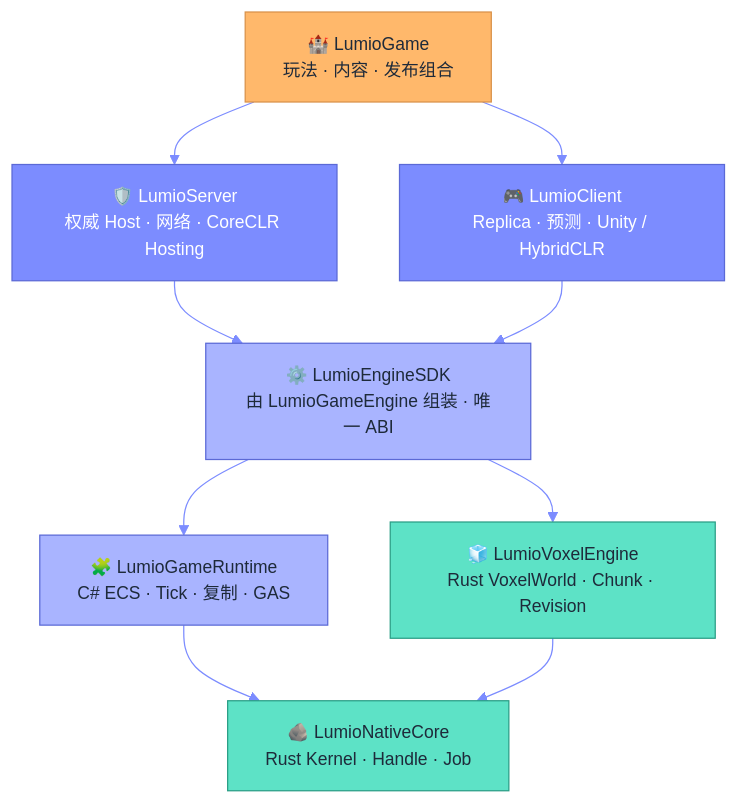
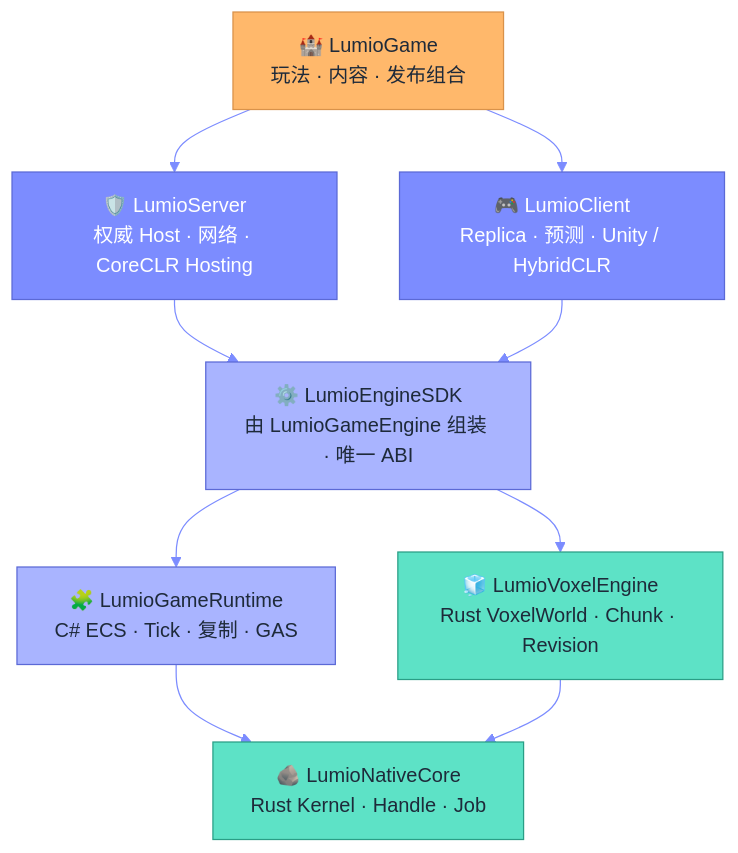
One commit to LumioGames/.github changed the diagram in profile/README.md. Above: the diagram before and after it, drawn with Mermaid.

Commit message:
fix(profile): mermaid 去掉等宽字体设置，节点文字不再被截

````diff
--- a/profile/README.md
+++ b/profile/README.md
@@ -208,23 +208,23 @@
 ```mermaid
-%%{init: {'theme':'base','themeVariables':{'primaryColor':'#7C8CFF','primaryTextColor':'#ffffff','primaryBorderColor':'#5B69D6','lineColor':'#7C8CFF','fontFamily':'ui-monospace, SFMono-Regular, Menlo, Consolas, monospace','fontSize':'14px'}}}%%
+%%{init: {'theme':'base','themeVariables':{'primaryColor':'#7C8CFF','primaryTextColor':'#ffffff','primaryBorderColor':'#5B69D6','lineColor':'#7C8CFF'}}}%%
 flowchart TB
   Game["🏰 LumioGame<br/>玩法 · 内容 · 发布组合"]
   Server["🛡️ LumioServer<br/>权威 Host · 网络 · CoreCLR Hosting"]
   Client["🎮 LumioClient<br/>Replica · 预测 · Unity / HybridCLR"]
   SDK["⚙️ LumioEngineSDK<br/>由 LumioGameEngine 组装 · 唯一 ABI"]
   Runtime["🧩 LumioGameRuntime<br/>C# ECS · Tick · 复制 · GAS"]
   Voxel["🧊 LumioVoxelEngine<br/>Rust VoxelWorld · Chunk · Revision"]
   Core["🪨 LumioNativeCore<br/>Rust Kernel · Handle · Job"]
   Game --> Server --> SDK
   Game --> Client --> SDK
   SDK --> Runtime --> Core
   SDK --> Voxel --> Core
   classDef product fill:#FFB86B,stroke:#D9924A,color:#1E2A3A
   classDef host fill:#7C8CFF,stroke:#5B69D6,color:#fff
   classDef managed fill:#A9B4FF,stroke:#5B69D6,color:#1E2A3A
   classDef rust fill:#5DE2C6,stroke:#2A9E86,color:#1E2A3A
   class Game product
   class Server,Client host
   class SDK,Runtime managed
   class Voxel,Core rust
 ```
````
